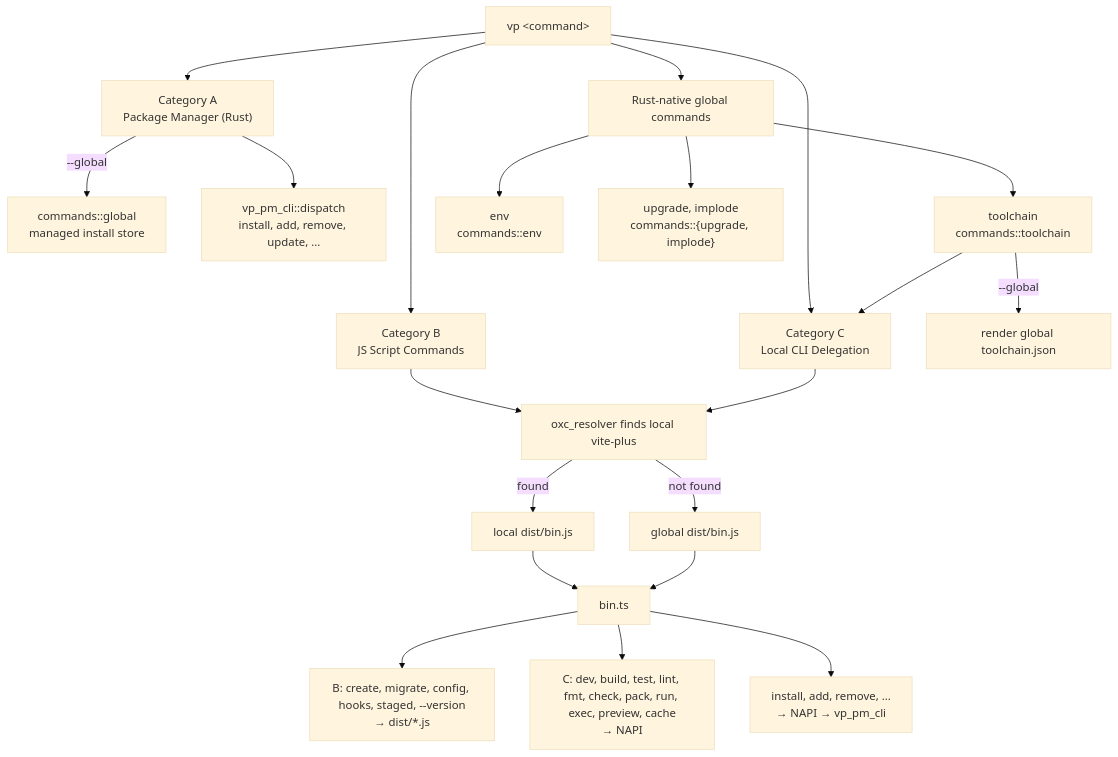
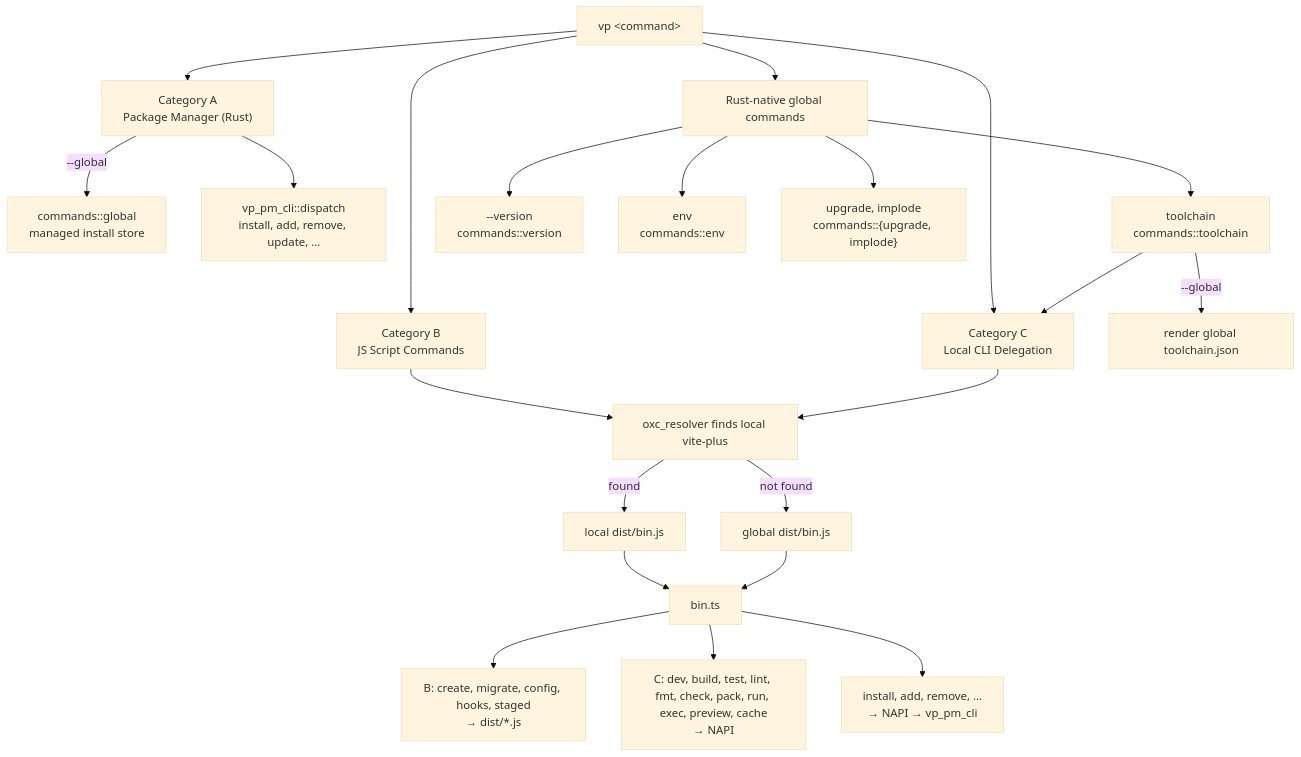
Before and after one commit to voidzero-dev/vite-plus: the diagram in rfcs/merge-global-and-local-cli.md, drawn with Mermaid (base theme). The commit also changed other lines of this file, not shown here.

Commit message:
docs(rfcs): route --version through the Rust-native group
run_command_with_options handles args.version in commands::version before
any JS resolution, so it does not belong in Category B.

````diff
--- a/rfcs/merge-global-and-local-cli.md
+++ b/rfcs/merge-global-and-local-cli.md
@@ -113,28 +113,29 @@
 ```mermaid
 flowchart TD
     vp["vp &lt;command&gt;"]
 
     vp --> A["Category A<br/>Package Manager (Rust)"]
     vp --> B["Category B<br/>JS Script Commands"]
     vp --> C["Category C<br/>Local CLI Delegation"]
     vp --> G["Rust-native global commands"]
 
     A -->|"--global"| managed["commands::global<br/>managed install store"]
     A --> pm["vp_pm_cli::dispatch<br/>install, add, remove, update, ..."]
 
     B --> resolve
     C --> resolve["oxc_resolver finds local vite-plus"]
     resolve -->|found| localBin["local dist/bin.js"]
     resolve -->|not found| globalBin["global dist/bin.js"]
     localBin --> binTs
     globalBin --> binTs["bin.ts"]
-    binTs --> js["B: create, migrate, config, hooks, staged, --version<br/>→ dist/*.js"]
+    binTs --> js["B: create, migrate, config, hooks, staged<br/>→ dist/*.js"]
     binTs --> napi["C: dev, build, test, lint, fmt, check, pack, run, exec, preview, cache<br/>→ NAPI"]
     binTs --> napiPm["install, add, remove, ...<br/>→ NAPI → vp_pm_cli"]
 
     G --> toolchain["toolchain<br/>commands::toolchain"]
     toolchain -->|"--global"| manifest["render global toolchain.json"]
     toolchain --> C
+    G --> version["--version<br/>commands::version"]
     G --> env["env<br/>commands::env"]
     G --> selfmgmt["upgrade, implode<br/>commands::{upgrade, implode}"]
 ```
````
